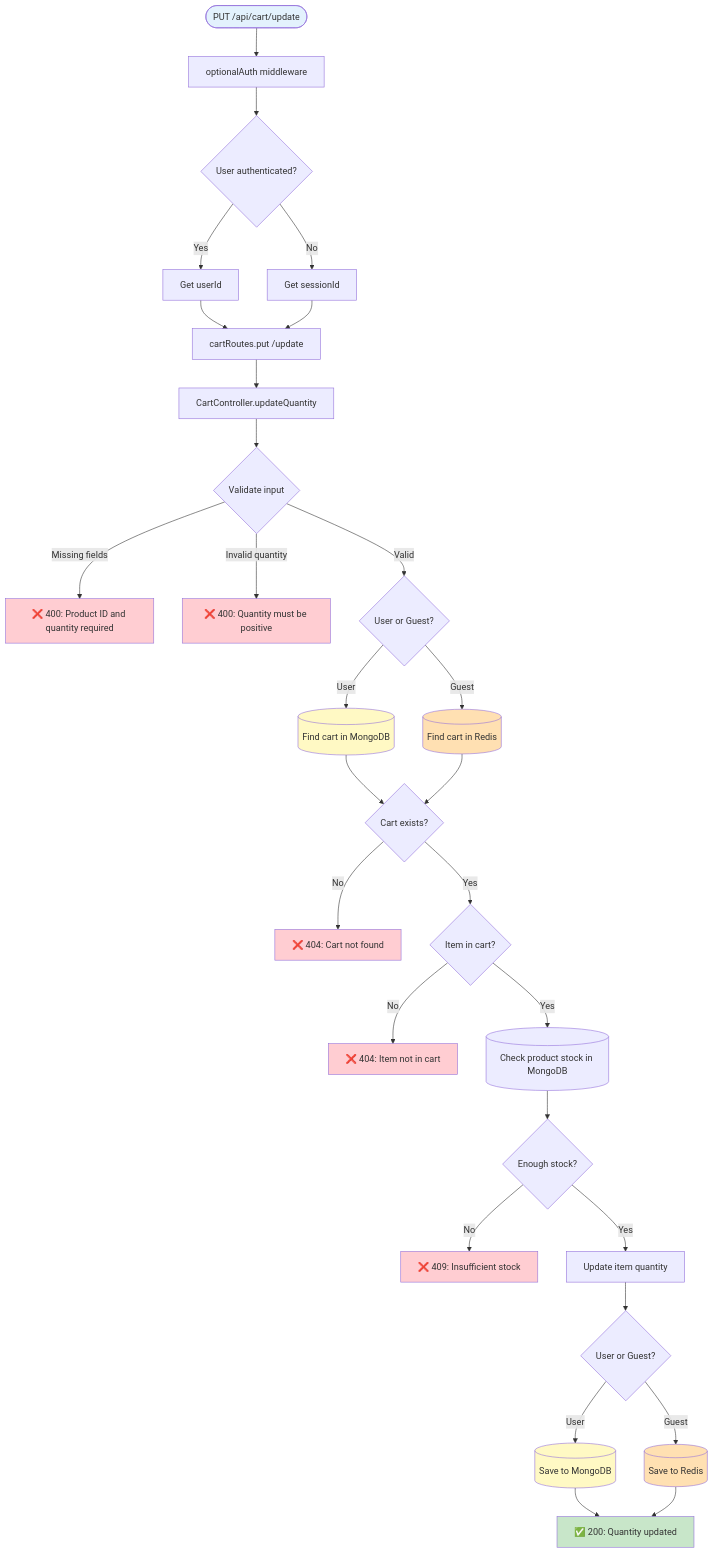
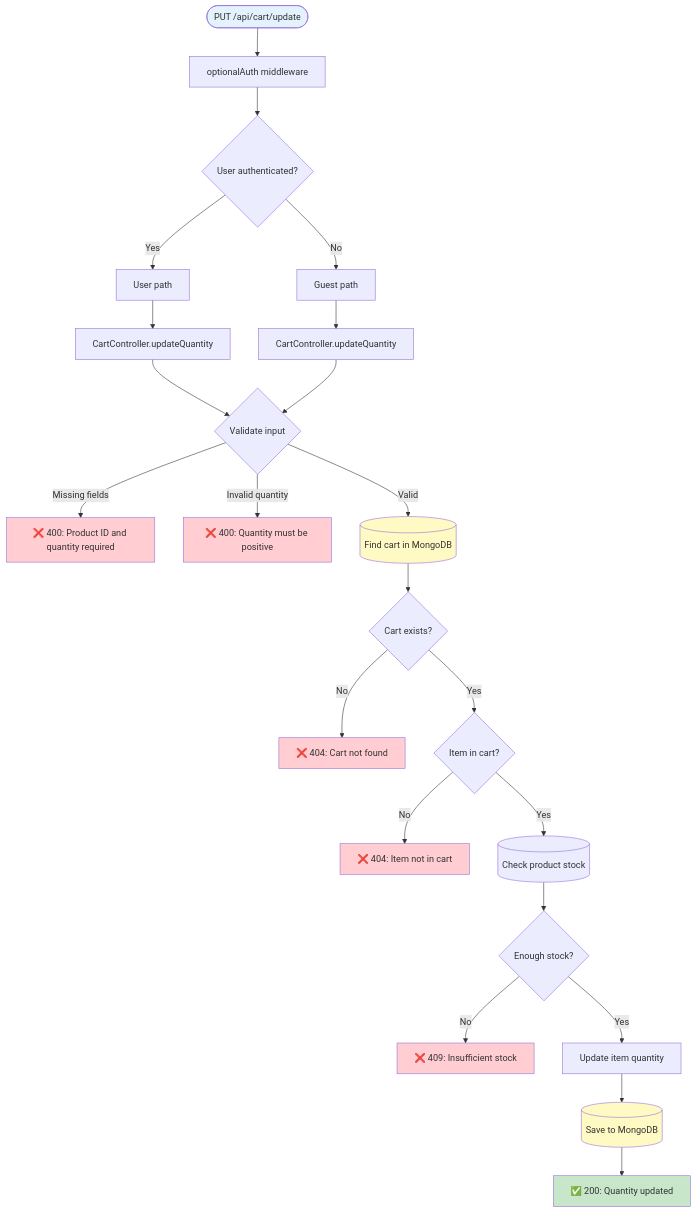
Diagram 12 of 26 in docs/SERVER_ENDPOINTS_MAP.md (shmuelkapiloff/simple-), drawn with Mermaid before and after one commit. The commit also changed other lines of this file, not shown here.

Commit message:
fix: Separate convergent paths in GET /api/health

````diff
--- a/docs/SERVER_ENDPOINTS_MAP.md
+++ b/docs/SERVER_ENDPOINTS_MAP.md
@@ -635,53 +627,38 @@
 ```mermaid
 flowchart TD
     Request([PUT /api/cart/update]) --> OptionalAuth[optionalAuth middleware]
     OptionalAuth --> CheckAuth{User authenticated?}
     
-    CheckAuth -->|Yes| GetUserId[Get userId]
-    CheckAuth -->|No| GetSessionId[Get sessionId]
+    CheckAuth -->|Yes| UserPath[User path]
+    CheckAuth -->|No| GuestPath[Guest path]
     
-    GetUserId --> RouteHandler[cartRoutes.put /update]
-    GetSessionId --> RouteHandler
+    UserPath --> UserController[CartController.updateQuantity]
+    GuestPath --> GuestController[CartController.updateQuantity]
     
-    RouteHandler --> Controller[CartController.updateQuantity]
-    Controller --> ValidateInput{Validate input}
+    UserController --> ValidateInput{Validate input}
+    GuestController --> ValidateInput
     ValidateInput -->|Missing fields| Return400["❌ 400: Product ID and quantity required"]
     ValidateInput -->|Invalid quantity| Return400Qty["❌ 400: Quantity must be positive"]
-    ValidateInput -->|Valid| ServiceCall{User or Guest?}
+    ValidateInput -->|Valid| FindUserCart[(Find cart in MongoDB)]
     
-    ServiceCall -->|User| FindUserCart[(Find cart in MongoDB)]
-    ServiceCall -->|Guest| FindGuestCartRedis[(Find cart in Redis)]
-    
-    FindUserCart --> CartExists{Cart exists?}
-    FindGuestCartRedis --> CartExists
-    
-    CartExists -->|No| Return404["❌ 404: Cart not found"]
-    CartExists -->|Yes| FindItem{Item in cart?}
-    
+    FindUserCart --> UserCartExists{Cart exists?}
+    UserCartExists -->|No| Return404["❌ 404: Cart not found"]
+    UserCartExists -->|Yes| FindItem{Item in cart?}
     FindItem -->|No| Return404Item["❌ 404: Item not in cart"]
-    FindItem -->|Yes| CheckProduct[(Check product stock in MongoDB)]
-    
+    FindItem -->|Yes| CheckProduct[(Check product stock)]
     CheckProduct --> StockSufficient{Enough stock?}
     StockSufficient -->|No| Return409["❌ 409: Insufficient stock"]
     StockSufficient -->|Yes| UpdateQuantity[Update item quantity]
-    
-    UpdateQuantity --> SaveChanges{User or Guest?}
-    SaveChanges -->|User| SaveMongo[(Save to MongoDB)]
-    SaveChanges -->|Guest| SaveRedis[(Save to Redis)]
-    
-    SaveMongo --> Return200["✅ 200: Quantity updated"]
-    SaveRedis --> Return200
-    
+    UpdateQuantity --> SaveMongo[(Save to MongoDB)]
+    SaveMongo --> ReturnUser["✅ 200: Quantity updated"]
     
     style Request fill:#e3f2fd
-    style Return200 fill:#c8e6c9
+    style ReturnUser fill:#c8e6c9
     style Return400 fill:#ffcdd2
     style Return400Qty fill:#ffcdd2
     style Return404 fill:#ffcdd2
     style Return404Item fill:#ffcdd2
     style Return409 fill:#ffcdd2
     style FindUserCart fill:#fff9c4
     style SaveMongo fill:#fff9c4
-    style FindGuestCartRedis fill:#ffe0b2
-    style SaveRedis fill:#ffe0b2
 ```
````
